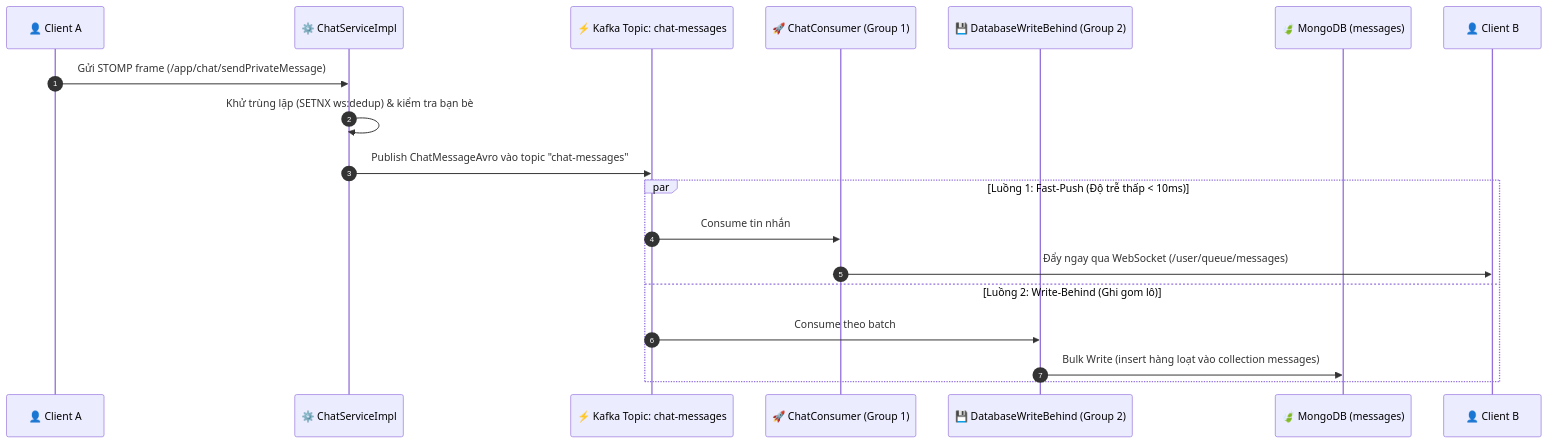
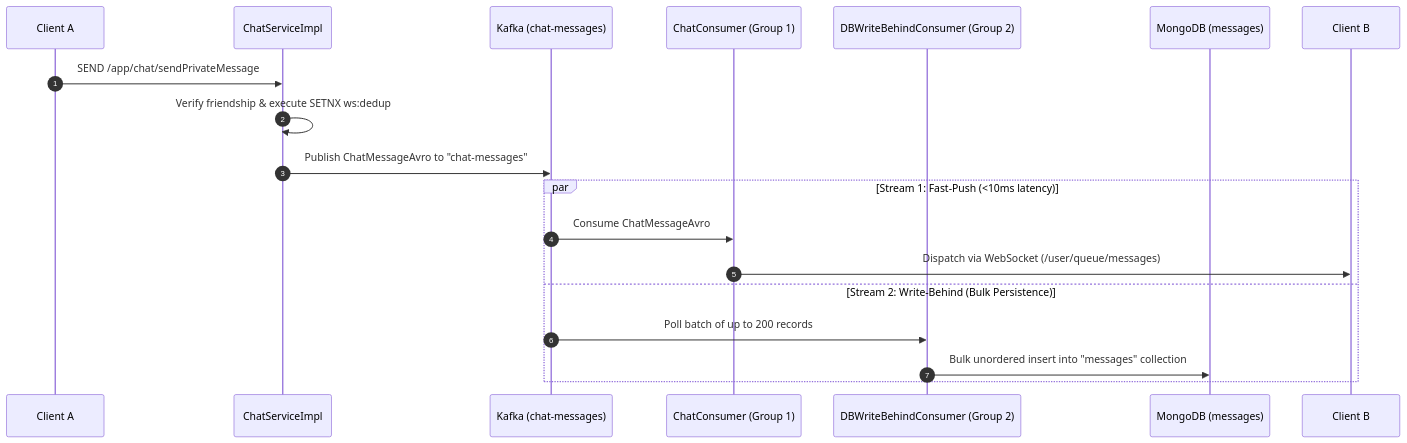
Before and after one commit to phwkha/ChatWeb-RealTime: the first of 2 diagrams in docs/architecture/02-architecture-decisions.md, drawn with Mermaid. The commit also changed other lines of this file and 8 other files, not shown here.

First line of the commit message:
Refactor documentation for sequence diagrams and database design in ChatWeb

````diff
--- a/docs/architecture/02-architecture-decisions.md
+++ b/docs/architecture/02-architecture-decisions.md
@@ -40,23 +39,23 @@
 ```mermaid
 sequenceDiagram
     autonumber
-    participant Sender as 👤 Client A
-    participant Backend as ⚙️ ChatServiceImpl
-    participant Kafka as ⚡ Kafka Topic: chat-messages
-    participant FastPush as 🚀 ChatConsumer (Group 1)
-    participant BatchSave as 💾 DatabaseWriteBehind (Group 2)
-    participant Mongo as 🍃 MongoDB (messages)
-    participant Recipient as 👤 Client B
+    participant Sender as Client A
+    participant Backend as ChatServiceImpl
+    participant Kafka as Kafka (chat-messages)
+    participant FastPush as ChatConsumer (Group 1)
+    participant BatchSave as DBWriteBehindConsumer (Group 2)
+    participant Mongo as MongoDB (messages)
+    participant Recipient as Client B
 
-    Sender->>Backend: Gửi STOMP frame (/app/chat/sendPrivateMessage)
-    Backend->>Backend: Khử trùng lặp (SETNX ws:dedup) & kiểm tra bạn bè
-    Backend->>Kafka: Publish ChatMessageAvro vào topic "chat-messages"
+    Sender->>Backend: SEND /app/chat/sendPrivateMessage
+    Backend->>Backend: Verify friendship & execute SETNX ws:dedup
+    Backend->>Kafka: Publish ChatMessageAvro to "chat-messages"
     
-    par Luồng 1: Fast-Push (Độ trễ thấp < 10ms)
-        Kafka->>FastPush: Consume tin nhắn
-        FastPush->>Recipient: Đẩy ngay qua WebSocket (/user/queue/messages)
-    and Luồng 2: Write-Behind (Ghi gom lô)
-        Kafka->>BatchSave: Consume theo batch
-        BatchSave->>Mongo: Bulk Write (insert hàng loạt vào collection messages)
+    par Stream 1: Fast-Push (<10ms latency)
+        Kafka->>FastPush: Consume ChatMessageAvro
+        FastPush->>Recipient: Dispatch via WebSocket (/user/queue/messages)
+    and Stream 2: Write-Behind (Bulk Persistence)
+        Kafka->>BatchSave: Poll batch of up to 200 records
+        BatchSave->>Mongo: Bulk unordered insert into "messages" collection
     end
 ```
````
